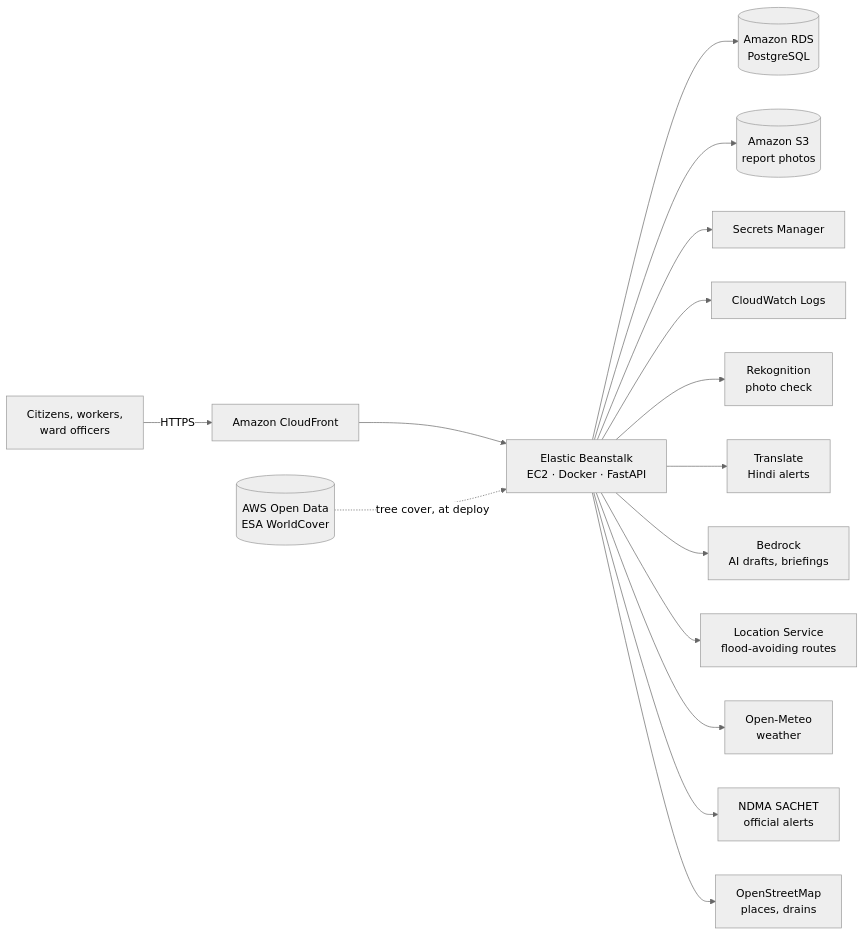
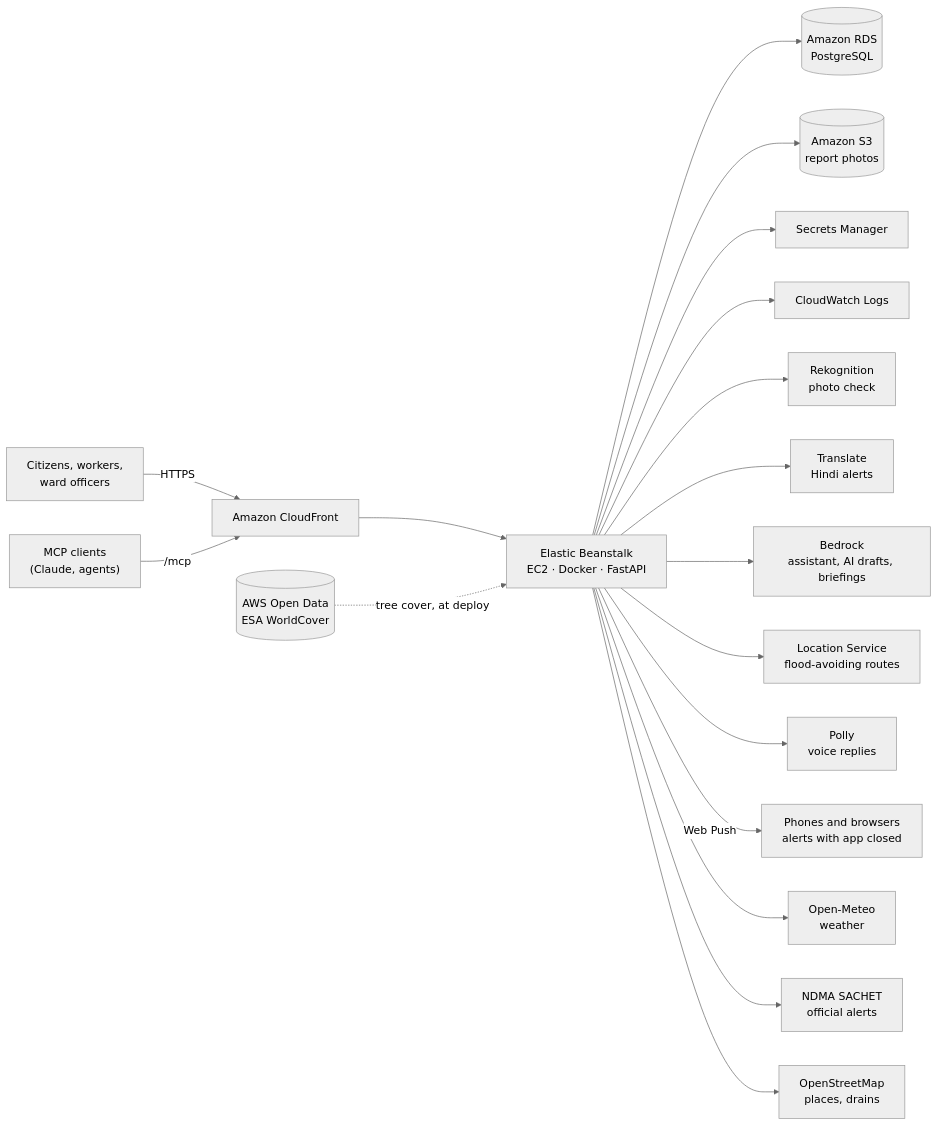
One commit to uzaircpp/heat-wave-aws changed the diagram in README.md. Above: the diagram before and after it, drawn with Mermaid (neutral theme). The commit also changed other lines of this file and 30 other files, not shown here.

First line of the commit message:
Add chat and voice assistant, MCP server and real push alerts

````diff
--- a/README.md
+++ b/README.md
@@ -15,17 +16,20 @@
 ```mermaid
 flowchart LR
   U["Citizens, workers,\nward officers"] -->|HTTPS| CF["Amazon CloudFront"]
   CF --> EB["Elastic Beanstalk\nEC2 · Docker · FastAPI"]
   EB --> RDS[("Amazon RDS\nPostgreSQL")]
   EB --> S3[("Amazon S3\nreport photos")]
   EB --> SM["Secrets Manager"]
   EB --> CW["CloudWatch Logs"]
   EB --> RK["Rekognition\nphoto check"]
   EB --> TR["Translate\nHindi alerts"]
-  EB --> BR["Bedrock\nAI drafts, briefings"]
+  EB --> BR["Bedrock\nassistant, AI drafts, briefings"]
   EB --> LOC["Location Service\nflood-avoiding routes"]
+  EB --> PO["Polly\nvoice replies"]
+  EB -->|Web Push| PH["Phones and browsers\nalerts with app closed"]
+  AI["MCP clients\n(Claude, agents)"] -->|/mcp| CF
   WC[("AWS Open Data\nESA WorldCover")] -.->|tree cover, at deploy| EB
   EB --> OM["Open-Meteo\nweather"]
   EB --> SA["NDMA SACHET\nofficial alerts"]
   EB --> OSM["OpenStreetMap\nplaces, drains"]
 ```
````
